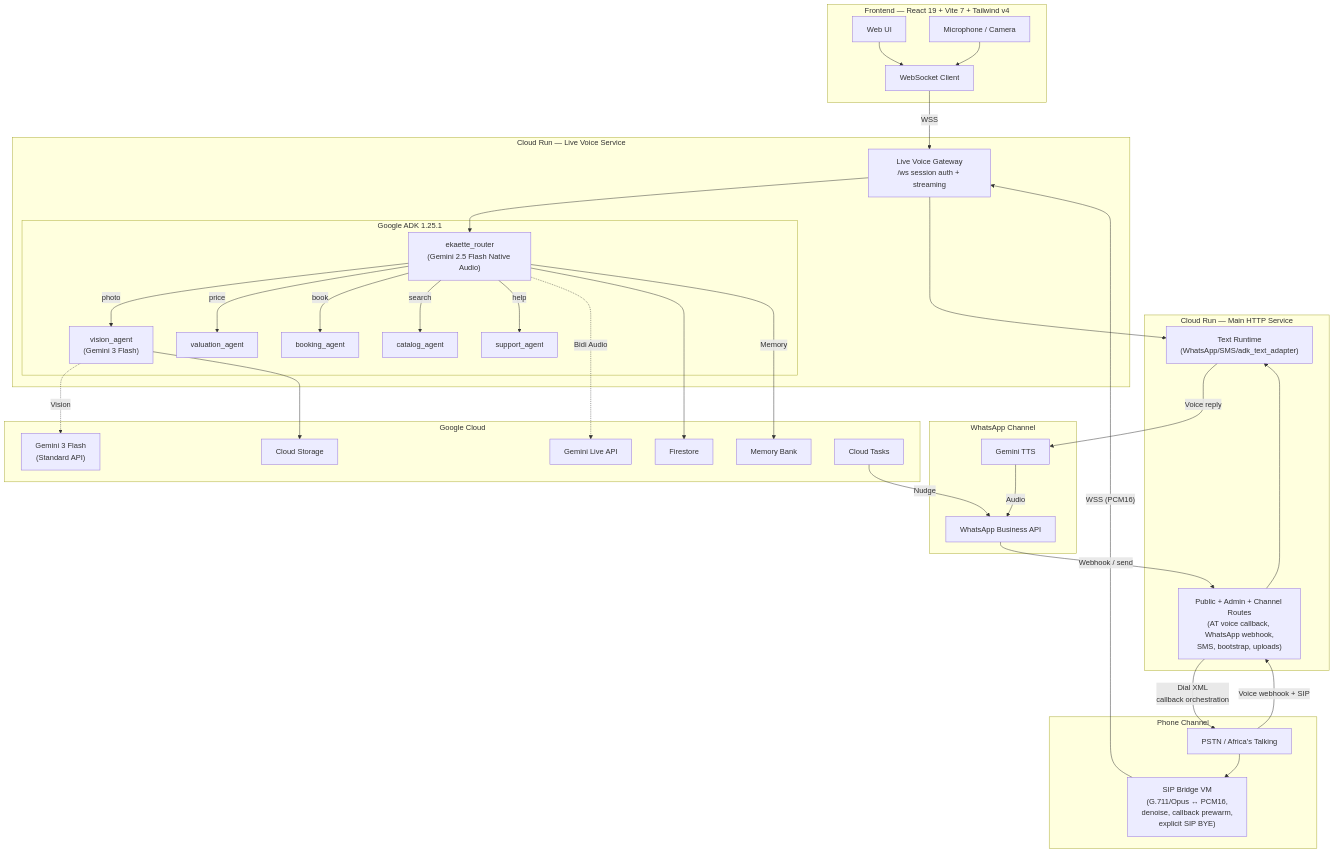
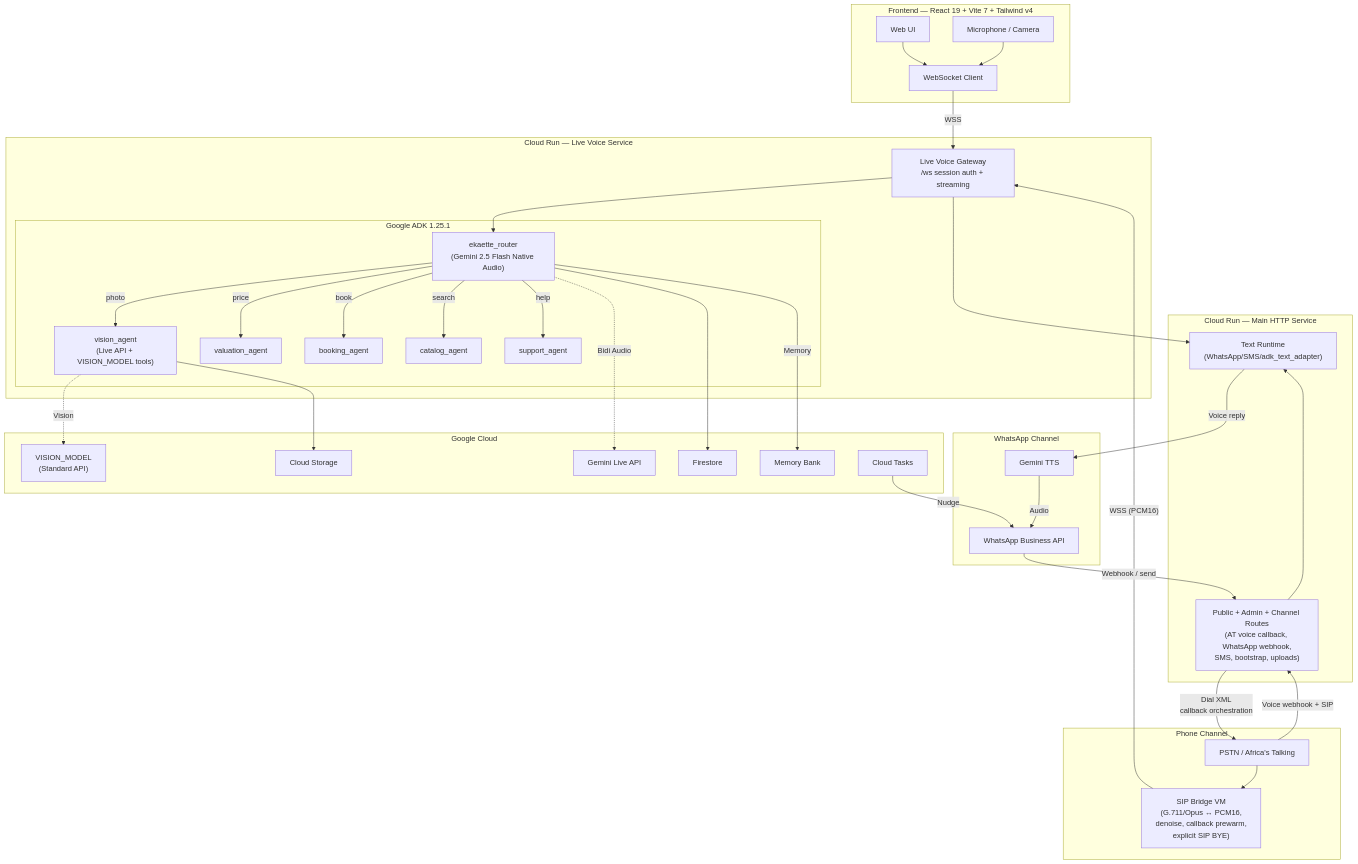
Before and after one commit to ogabasseyy/ekaette: the diagram in docs/architecture/readme-architecture.mmd, drawn with Mermaid. The commit also changed 35 other files, not shown here.

```diff
--- a/docs/architecture/readme-architecture.mmd
+++ b/docs/architecture/readme-architecture.mmd
@@ -1,67 +1,67 @@
 graph TB
     subgraph "Frontend — React 19 + Vite 7 + Tailwind v4"
         UI["Web UI"]
         WS["WebSocket Client"]
         MIC["Microphone / Camera"]
     end
 
     subgraph "WhatsApp Channel"
         WA["WhatsApp Business API"]
         TTS["Gemini TTS"]
     end
 
     subgraph "Phone Channel"
         PHONE["PSTN / Africa's Talking"]
         SIP_B["SIP Bridge VM<br/>(G.711/Opus ↔ PCM16,<br/>denoise, callback prewarm,<br/>explicit SIP BYE)"]
     end
 
     subgraph "Cloud Run — Main HTTP Service"
         CTRL["Public + Admin + Channel Routes<br/>(AT voice callback, WhatsApp webhook,<br/>SMS, bootstrap, uploads)"]
         TR["Text Runtime<br/>(WhatsApp/SMS/adk_text_adapter)"]
     end
 
     subgraph "Cloud Run — Live Voice Service"
         GW["Live Voice Gateway<br/>/ws session auth + streaming"]
         subgraph "Google ADK 1.25.1"
             ROOT["ekaette_router<br/>(Gemini 2.5 Flash Native Audio)"]
-            VA["vision_agent<br/>(Gemini 3 Flash)"]
+            VA["vision_agent<br/>(Live API + VISION_MODEL tools)"]
             VLA["valuation_agent"]
             BA["booking_agent"]
             CA["catalog_agent"]
             SA["support_agent"]
         end
     end
 
     subgraph "Google Cloud"
         LIVE["Gemini Live API"]
-        G3F["Gemini 3 Flash<br/>(Standard API)"]
+        G3F["VISION_MODEL<br/>(Standard API)"]
         FS["Firestore"]
         CS["Cloud Storage"]
         MB["Memory Bank"]
         CT["Cloud Tasks"]
     end
 
     UI --> WS
     MIC --> WS
     WS -->|"WSS"| GW
     WA -->|"Webhook / send"| CTRL
     PHONE -->|"Voice webhook + SIP"| CTRL
     PHONE --> SIP_B
     CTRL -->|"Dial XML<br/>callback orchestration"| PHONE
     SIP_B -->|"WSS (PCM16)"| GW
     GW --> ROOT
     GW --> TR
     CTRL --> TR
     ROOT -->|"photo"| VA
     ROOT -->|"price"| VLA
     ROOT -->|"book"| BA
     ROOT -->|"search"| CA
     ROOT -->|"help"| SA
     ROOT -.->|"Bidi Audio"| LIVE
     VA -.->|"Vision"| G3F
     ROOT --> FS
     VA --> CS
     ROOT -->|"Memory"| MB
     TR -->|"Voice reply"| TTS
     TTS -->|"Audio"| WA
     CT -->|"Nudge"| WA
```
